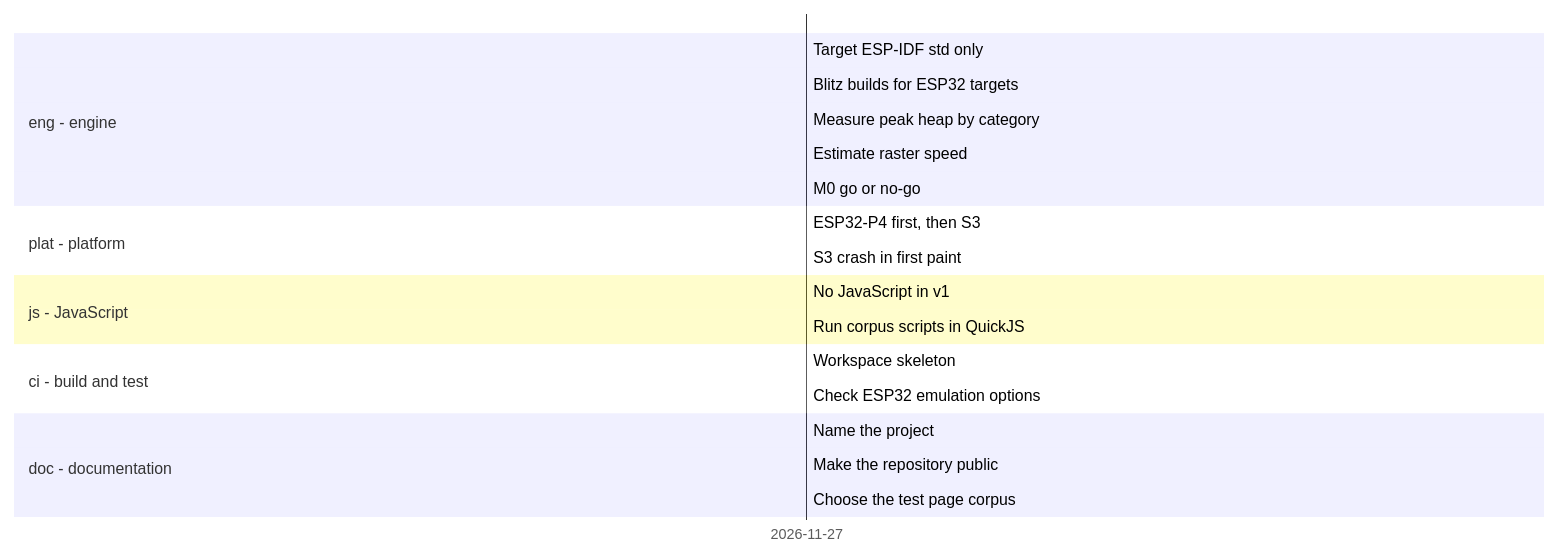
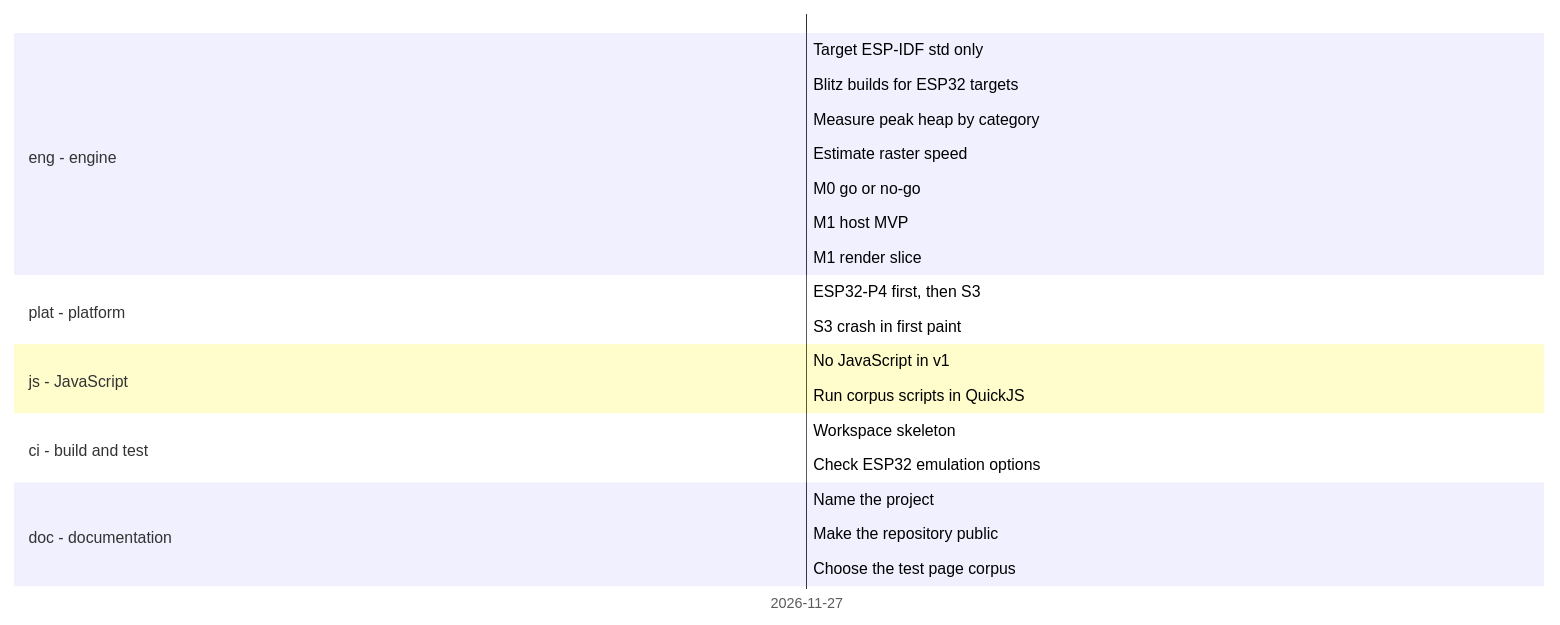
One commit to lhns/embedded-browser changed the diagram in docs/roadmap/timeline.md. Above: the diagram before and after it, drawn with Mermaid. The commit also changed other lines of this file and 35 other files, not shown here.

First line of the commit message:
M1 slice 1: core render API, simulator, goldens, references, heap-cap gate

````diff
--- a/docs/roadmap/timeline.md
+++ b/docs/roadmap/timeline.md
@@ -10,24 +10,26 @@
 ```mermaid
 gantt
     dateFormat YYYY-MM-DD
     axisFormat %Y-%m-%d
     section eng - engine
     Target ESP-IDF std only :eng_std_only_esp_idf, 2026-11-27, 2026-11-27
     Blitz builds for ESP32 targets :eng_blitz_builds_esp, 2026-11-27, 2026-11-27
     Measure peak heap by category :eng_peak_heap, 2026-11-27, 2026-11-27
     Estimate raster speed :eng_raster_estimate, 2026-11-27, 2026-11-27
     M0 go or no-go :eng_m0_go_no_go, 2026-11-27, 2026-11-27
+    M1 host MVP :crit, eng_m1_host_mvp, 2026-11-27, 2026-11-27
+    M1 render slice :eng_m1_render, 2026-11-27, 2026-11-27
     section plat - platform
     ESP32-P4 first, then S3 :plat_boards_p4_first, 2026-11-27, 2026-11-27
     S3 crash in first paint :plat_defect_s3_paint_crash, 2026-11-27, 2026-11-27
     section js - JavaScript
     No JavaScript in v1 :js_no_js_in_v1, 2026-11-27, 2026-11-27
     Run corpus scripts in QuickJS :js_host_spike, 2026-11-27, 2026-11-27
     section ci - build and test
     Workspace skeleton :ci_workspace_skeleton, 2026-11-27, 2026-11-27
     Check ESP32 emulation options :ci_emulation_check, 2026-11-27, 2026-11-27
     section doc - documentation
     Name the project :doc_name_embedded_browser, 2026-11-27, 2026-11-27
     Make the repository public :doc_public_repo, 2026-11-27, 2026-11-27
     Choose the test page corpus :doc_corpus_choice, 2026-11-27, 2026-11-27
 ```
````
